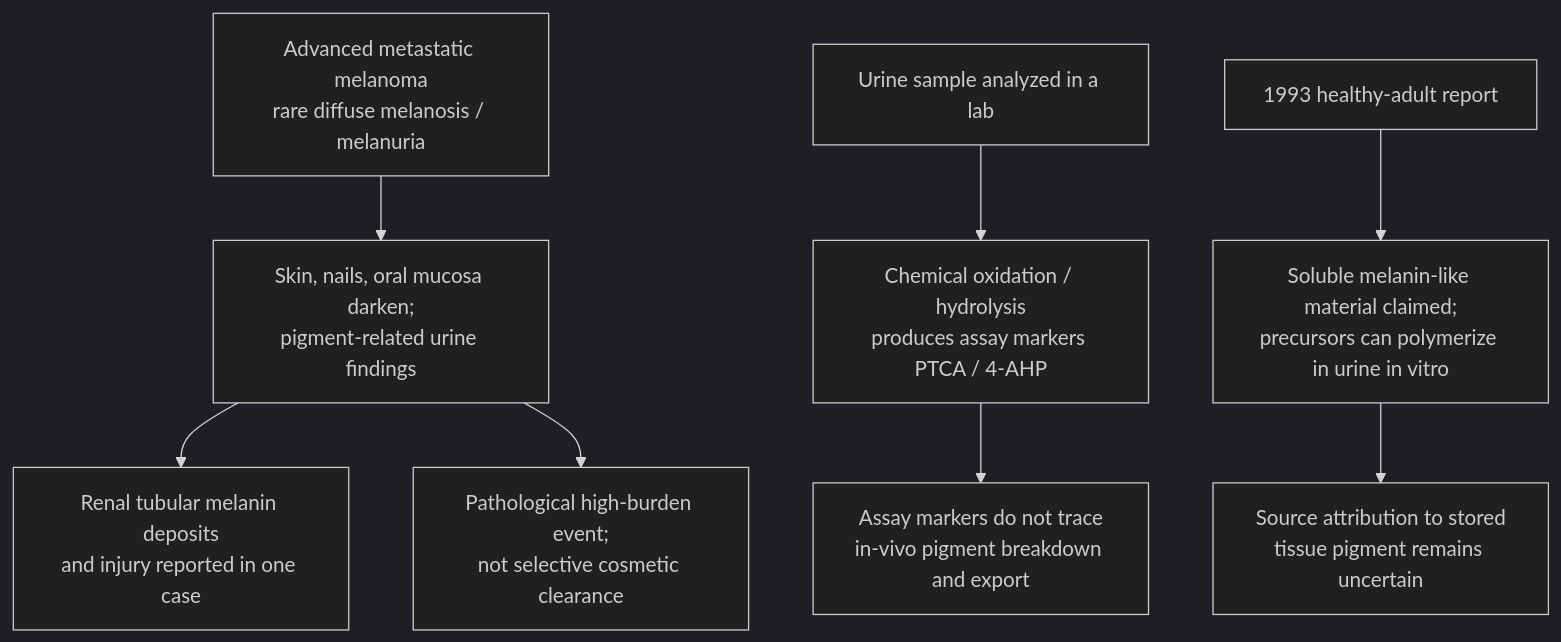
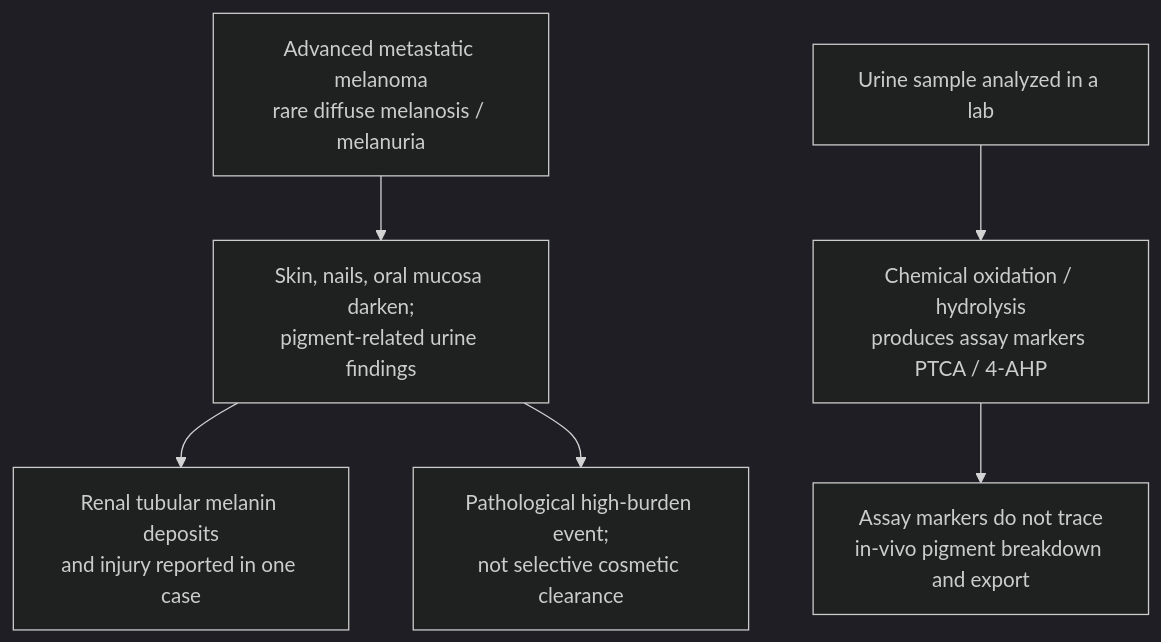
Diagram 29 of 38 in research/tissue-pigment-atlas.md (dylanstechmann/iris-color-without-contacts), drawn with Mermaid (dark theme) before and after one commit. The commit also changed other lines of this file, not shown here.

````diff
--- a/research/tissue-pigment-atlas.md
+++ b/research/tissue-pigment-atlas.md
@@ -651,10 +671,8 @@
 ```mermaid
 flowchart TD
     M["Advanced metastatic melanoma<br/>rare diffuse melanosis / melanuria"] --> P["Skin, nails, oral mucosa darken;<br/>pigment-related urine findings"]
     P --> K["Renal tubular melanin deposits<br/>and injury reported in one case"]
     P --> G["Pathological high-burden event;<br/>not selective cosmetic clearance"]
     U["Urine sample analyzed in a lab"] --> A["Chemical oxidation / hydrolysis<br/>produces assay markers PTCA / 4-AHP"]
     A --> E["Assay markers do not trace<br/>in-vivo pigment breakdown and export"]
-    H["1993 healthy-adult report"] --> Q["Soluble melanin-like material claimed;<br/>precursors can polymerize in urine in vitro"]
-    Q --> R["Source attribution to stored<br/>tissue pigment remains uncertain"]
 ```
````
